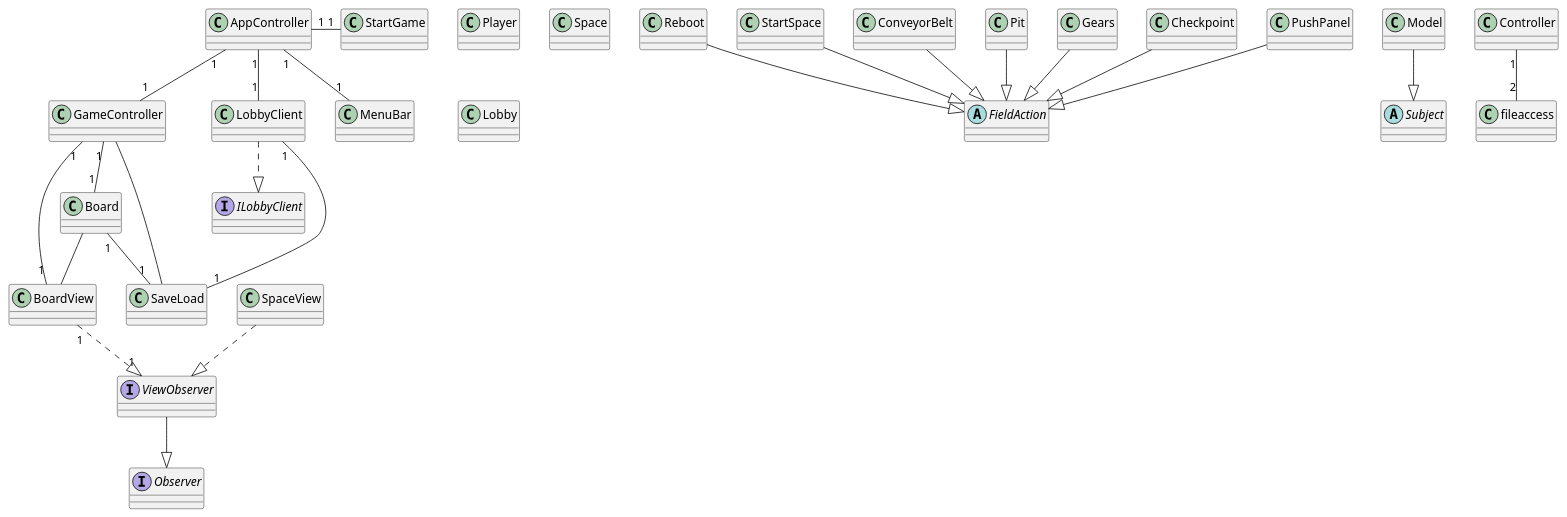
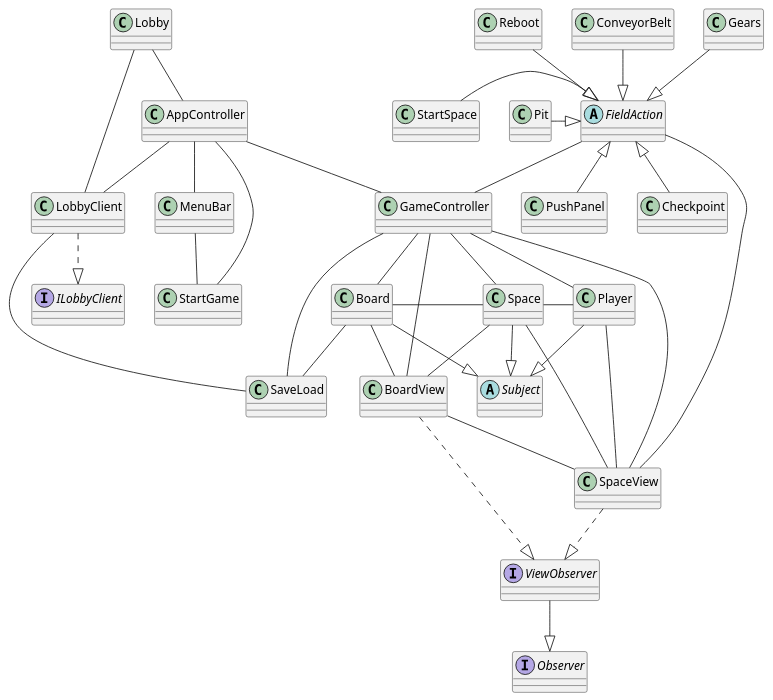
Before and after one commit to DTU-software-s-bedste-studenter/Roborally: the diagram in diagrams/SpecificClassDiagram.puml, drawn with PlantUML. The commit also changed 1 other file, not shown here.

```diff
--- a/diagrams/SpecificClassDiagram.puml
+++ b/diagrams/SpecificClassDiagram.puml
@@ -1,53 +1,69 @@
 @startuml
 'https://plantuml.com/class-diagram
 
 class Board
 class Player
 class Space
 class GameController
 class AppController
 interface ViewObserver
 class LobbyClient
 class SaveLoad
 class BoardView
 class SpaceView
 class MenuBar
 class StartGame
 abstract class FieldAction
 interface Observer
 abstract class Subject
 class Reboot
 class StartSpace
 class ConveyorBelt
 class Pit
 class Gears
 class Checkpoint
 class PushPanel
 class Lobby
 interface ILobbyClient
 
 
-AppController"1" - "1"StartGame
-AppController"1" -- "1" GameController
-AppController"1" -- "1" LobbyClient
-GameController "1" -- "1"Board
-GameController"1" -- "1" BoardView
+AppController - StartGame
+AppController -- GameController
+AppController --  LobbyClient
+GameController  -- Board
+GameController --  BoardView
 GameController -- SaveLoad
-BoardView "1" ..|> "1" ViewObserver
+BoardView  ..|>  ViewObserver
 SpaceView ..|> ViewObserver
-Controller "1" -- "2"fileaccess
-AppController "1" -- "1" MenuBar
+AppController -- MenuBar
 Board -- BoardView
-Model --|> Subject
-LobbyClient"1" -- "1"SaveLoad
-Board"1" -- "1"SaveLoad
+LobbyClient -- SaveLoad
+Board -- SaveLoad
 ViewObserver --|> Observer
 Reboot --|> FieldAction
-StartSpace --|> FieldAction
+StartSpace -|> FieldAction
 ConveyorBelt --|> FieldAction
-Pit --|> FieldAction
+Pit -|> FieldAction
 Gears --|> FieldAction
-Checkpoint --|> FieldAction
-PushPanel --|> FieldAction
+FieldAction <|-- Checkpoint
+FieldAction <|-- PushPanel
 LobbyClient ..|> ILobbyClient
+Lobby -- LobbyClient
+Lobby -- AppController
+Board --|> Subject
+Player --|> Subject
+Space --|> Subject
+Board - Space
+Space - Player
+Player -- SpaceView
+Space -- SpaceView
+Space -- BoardView
+GameController -- Space
+GameController -- Player
+FieldAction -- GameController
+BoardView -- SpaceView
+MenuBar -- StartGame
+FieldAction - SpaceView
+GameController -- SpaceView
+
 @enduml
```
